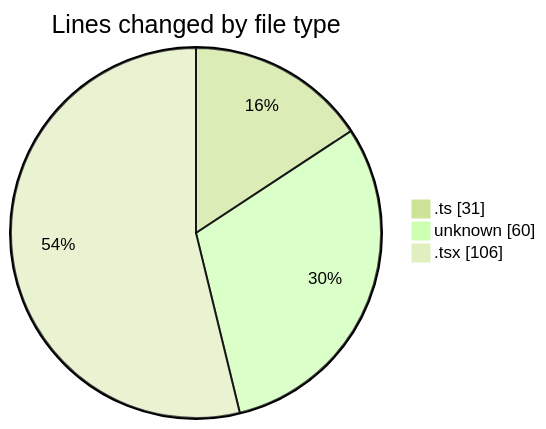
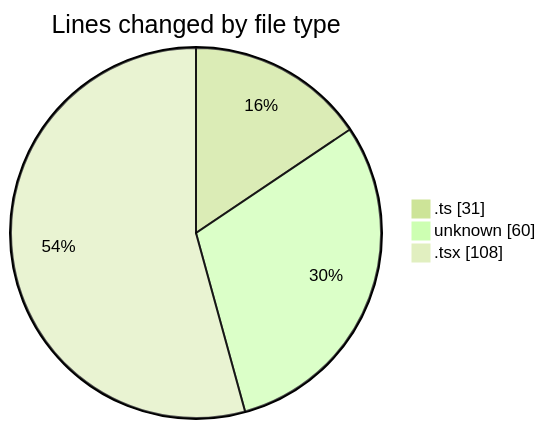
Before and after one commit to momahboobian/code-tracking: the first of 2 diagrams in 2026-06-12/cda/README.md, drawn with Mermaid (forest theme). The commit also changed other lines of this file and 1 other file, not shown here.

````diff
--- a/2026-06-12/cda/README.md
+++ b/2026-06-12/cda/README.md
@@ -24,7 +24,7 @@
 ```mermaid
 pie showData
 title Lines changed by file type
 ".ts" : 31
 "unknown" : 60
-".tsx" : 106
+".tsx" : 108
 ```
````
